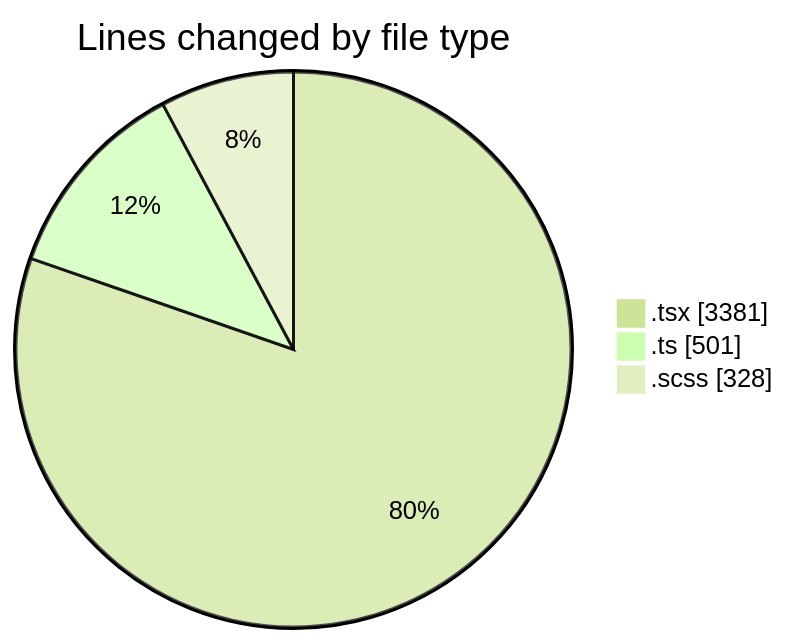
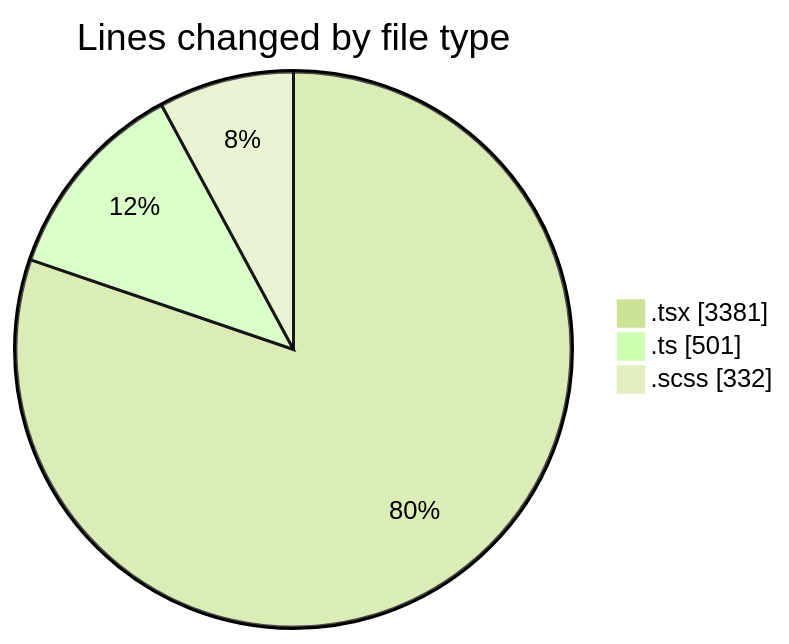
The first of 2 diagrams in 2025-10-07/cda/README.md (momahboobian/code-tracking), drawn with Mermaid (forest theme) before and after one commit. The commit also changed other lines of this file and 1 other file, not shown here.

````diff
--- a/2025-10-07/cda/README.md
+++ b/2025-10-07/cda/README.md
@@ -28,7 +28,7 @@
 ```mermaid
 pie showData
 title Lines changed by file type
 ".tsx" : 3381
 ".ts" : 501
-".scss" : 328
+".scss" : 332
 ```
````
